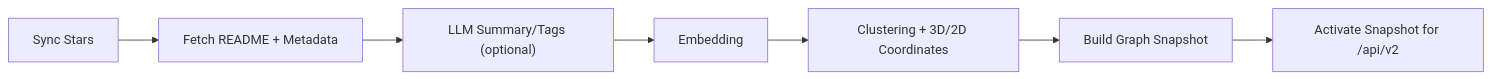
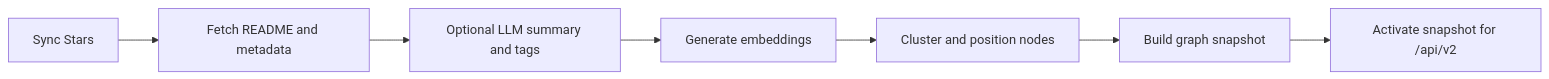
The second of 2 diagrams in README.md (Tendo33/MyNebula), drawn with Mermaid before and after one commit. The commit also changed other lines of this file and 2 other files, not shown here.

````diff
--- a/README.md
+++ b/README.md
@@ -73,9 +139,9 @@
 ```mermaid
 flowchart LR
-    A["Sync Stars"] --> B["Fetch README + Metadata"]
-    B --> C["LLM Summary/Tags (optional)"]
-    C --> D["Embedding"]
-    D --> E["Clustering + 3D/2D Coordinates"]
-    E --> F["Build Graph Snapshot"]
-    F --> G["Activate Snapshot for /api/v2"]
+    A["Sync Stars"] --> B["Fetch README and metadata"]
+    B --> C["Optional LLM summary and tags"]
+    C --> D["Generate embeddings"]
+    D --> E["Cluster and position nodes"]
+    E --> F["Build graph snapshot"]
+    F --> G["Activate snapshot for /api/v2"]
 ```
````
